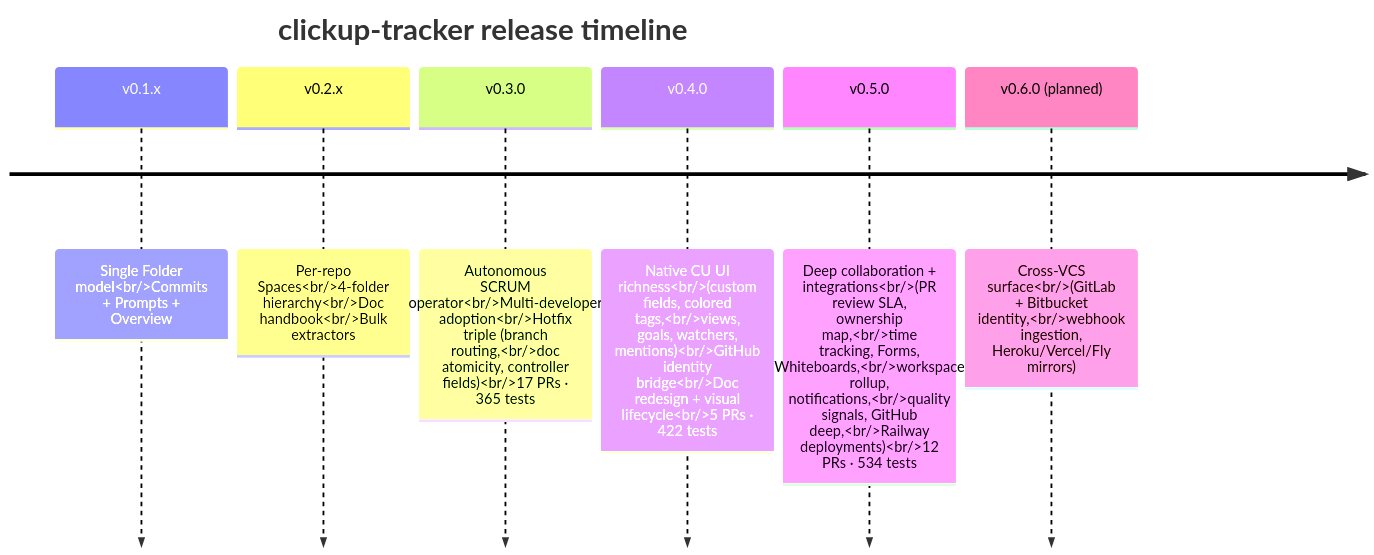
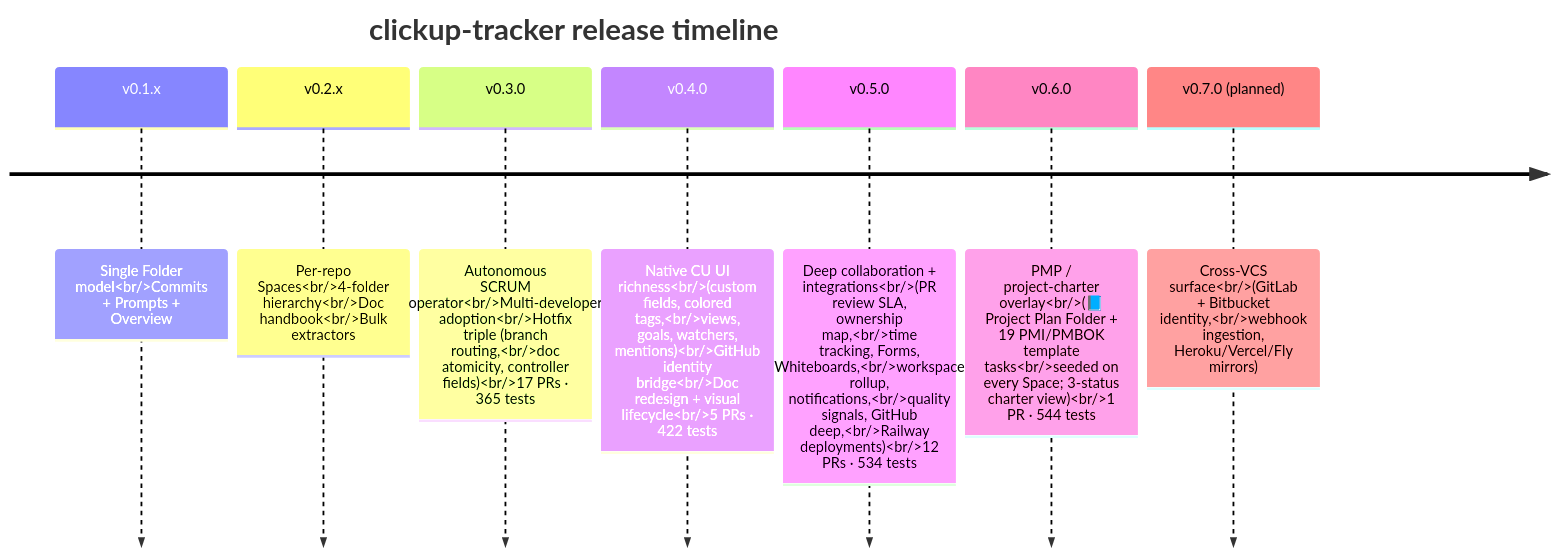
The first of 7 diagrams in docs/roadmap.md (Achitokun14/clickup-tracker-standalone), drawn with Mermaid before and after one commit. The commit also changed other lines of this file and 10 other files, not shown here.

````diff
--- a/docs/roadmap.md
+++ b/docs/roadmap.md
@@ -9,10 +9,11 @@
 ```mermaid
 timeline
   title clickup-tracker release timeline
   v0.1.x : Single Folder model<br/>Commits + Prompts + Overview
   v0.2.x : Per-repo Spaces<br/>4-folder hierarchy<br/>Doc handbook<br/>Bulk extractors
   v0.3.0 : Autonomous SCRUM operator<br/>Multi-developer adoption<br/>Hotfix triple (branch routing,<br/>doc atomicity, controller fields)<br/>17 PRs · 365 tests
   v0.4.0 : Native CU UI richness<br/>(custom fields, colored tags,<br/>views, goals, watchers, mentions)<br/>GitHub identity bridge<br/>Doc redesign + visual lifecycle<br/>5 PRs · 422 tests
   v0.5.0 : Deep collaboration + integrations<br/>(PR review SLA, ownership map,<br/>time tracking, Forms, Whiteboards,<br/>workspace rollup, notifications,<br/>quality signals, GitHub deep,<br/>Railway deployments)<br/>12 PRs · 534 tests
-  v0.6.0 (planned) : Cross-VCS surface<br/>(GitLab + Bitbucket identity,<br/>webhook ingestion, Heroku/Vercel/Fly mirrors)
+  v0.6.0 : PMP / project-charter overlay<br/>(📘 Project Plan Folder + 19 PMI/PMBOK template tasks<br/>seeded on every Space; 3-status charter view)<br/>1 PR · 544 tests
+  v0.7.0 (planned) : Cross-VCS surface<br/>(GitLab + Bitbucket identity,<br/>webhook ingestion, Heroku/Vercel/Fly mirrors)
 ```
````
